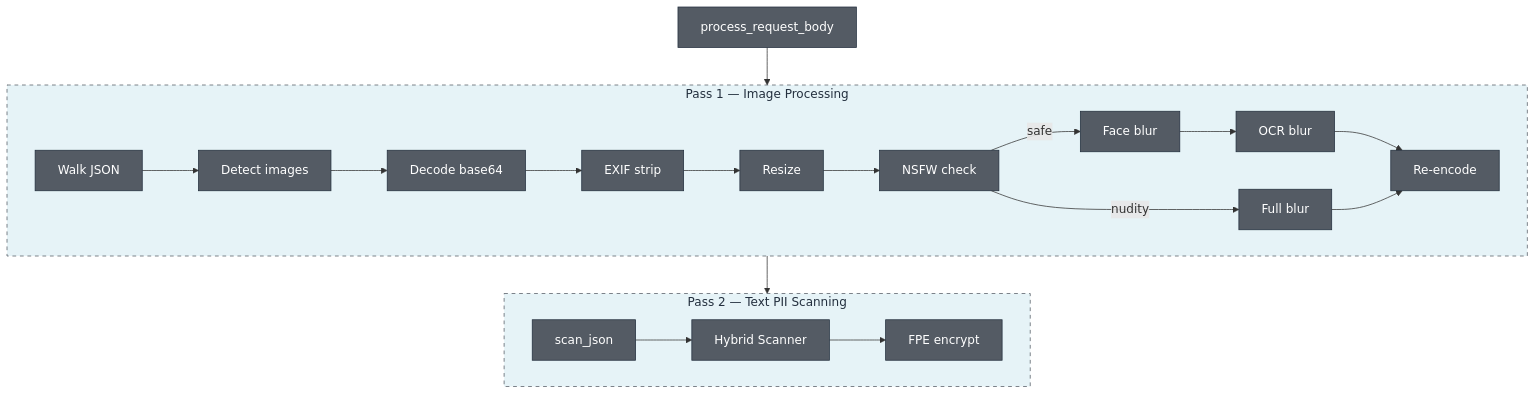
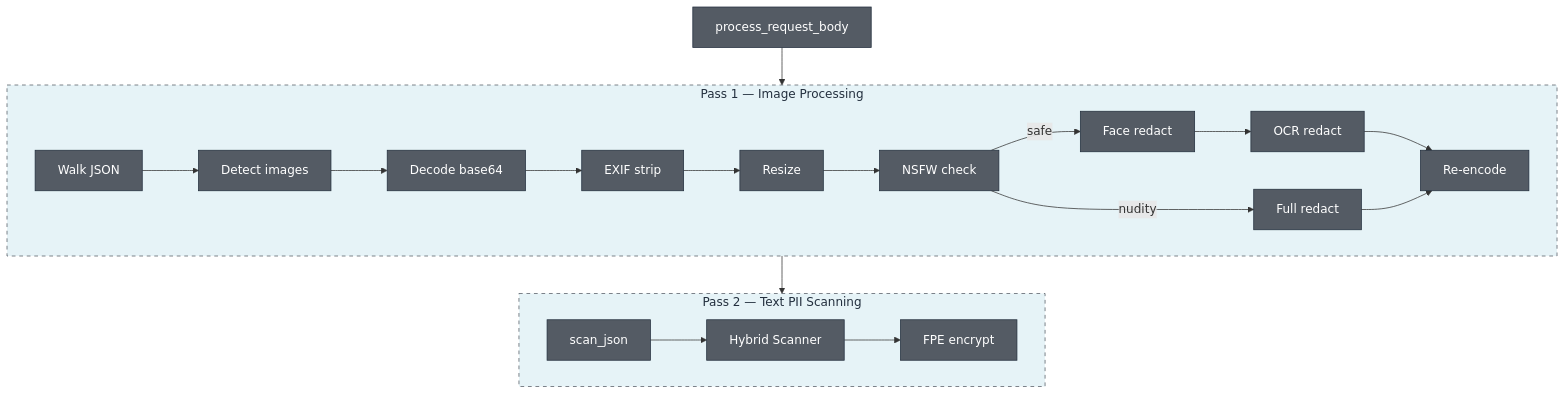
Diagram 14 of 15 in ARCHITECTURE.md (OpenObscure/OpenObscure), drawn with Mermaid before and after one commit. The commit also changed other lines of this file and 7 other files, not shown here.

````diff
--- a/ARCHITECTURE.md
+++ b/ARCHITECTURE.md
@@ -687,44 +688,44 @@
 ```mermaid
 flowchart TB
     entry["process_request_body"]
 
     subgraph pass1 ["Pass 1 — Image Processing"]
         direction LR
         walk["Walk JSON"] --> detect["Detect images"]
         detect --> decode["Decode base64"]
         decode --> exif["EXIF strip"]
         exif --> resize["Resize"]
         resize --> nsfw["NSFW check"]
-        nsfw -->|"safe"| face["Face blur"]
-        nsfw -->|"nudity"| fullblur["Full blur"]
-        face --> ocr["OCR blur"]
+        nsfw -->|"safe"| face["Face redact"]
+        nsfw -->|"nudity"| fullredact["Full redact"]
+        face --> ocr["OCR redact"]
         ocr --> encode["Re-encode"]
-        fullblur --> encode
+        fullredact --> encode
     end
 
     subgraph pass2 ["Pass 2 — Text PII Scanning"]
         direction LR
         scan["scan_json"] --> match["Hybrid Scanner"]
         match --> encrypt["FPE encrypt"]
     end
 
     entry --> pass1
     pass1 --> pass2
 
     style entry fill:#545b64,stroke:#232F3E,color:#fff
     style pass1 fill:#e6f3f7,stroke:#545b64,stroke-dasharray: 5 5,color:#232F3E
     style pass2 fill:#e6f3f7,stroke:#545b64,stroke-dasharray: 5 5,color:#232F3E
     style walk fill:#545b64,stroke:#232F3E,color:#fff
     style detect fill:#545b64,stroke:#232F3E,color:#fff
     style decode fill:#545b64,stroke:#232F3E,color:#fff
     style exif fill:#545b64,stroke:#232F3E,color:#fff
     style resize fill:#545b64,stroke:#232F3E,color:#fff
     style nsfw fill:#545b64,stroke:#232F3E,color:#fff
     style face fill:#545b64,stroke:#232F3E,color:#fff
-    style fullblur fill:#545b64,stroke:#232F3E,color:#fff
+    style fullredact fill:#545b64,stroke:#232F3E,color:#fff
     style ocr fill:#545b64,stroke:#232F3E,color:#fff
     style encode fill:#545b64,stroke:#232F3E,color:#fff
     style scan fill:#545b64,stroke:#232F3E,color:#fff
     style match fill:#545b64,stroke:#232F3E,color:#fff
     style encrypt fill:#545b64,stroke:#232F3E,color:#fff
 ```
````
